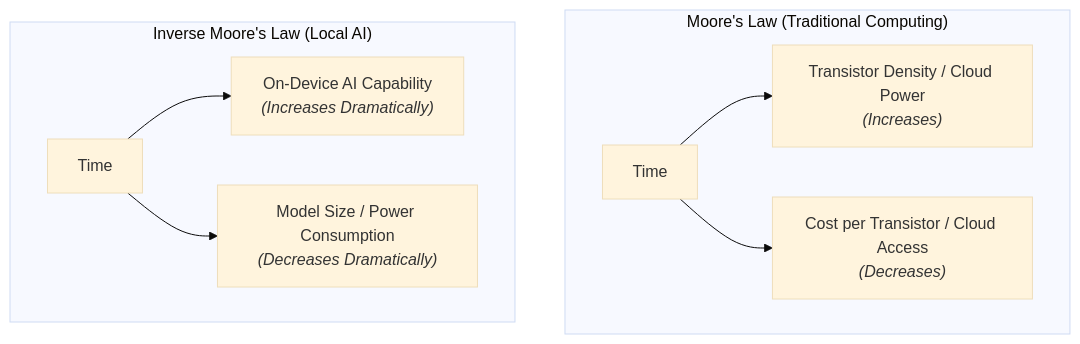
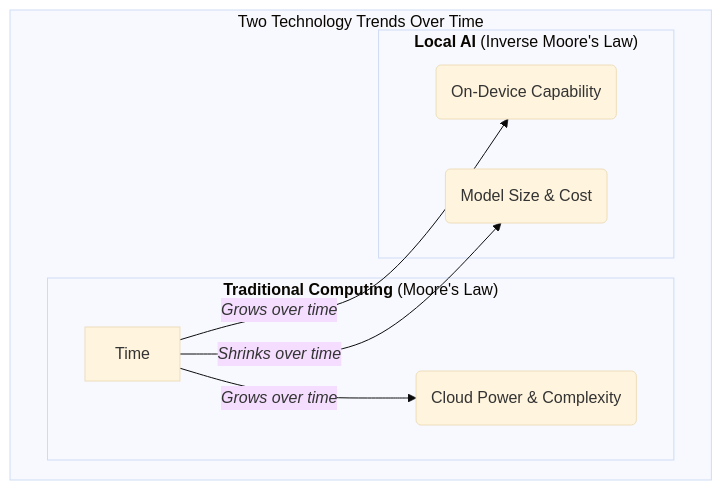
Before and after one commit to BastionAI/bastionai.github.io: the third of 3 diagrams in _posts/2025-06-18-inverse-moores-law-local-ai.md, drawn with Mermaid (base theme). The commit also changed other lines of this file, not shown here.

```diff
--- a/_posts/2025-06-18-inverse-moores-law-local-ai.md
+++ b/_posts/2025-06-18-inverse-moores-law-local-ai.md
@@ -92,11 +91,18 @@
 <div class="mermaid">
-graph TD;
-    subgraph "Moore's Law (Traditional Computing)"
-        A[Time] --> B["Transistor Density / Cloud Power<br><i>(Increases)</i>"];
-        A --> C["Cost per Transistor / Cloud Access<br><i>(Decreases)</i>"];
-    end
-    subgraph "Inverse Moore's Law (Local AI)"
-        X[Time] --> Y["On-Device AI Capability<br><i>(Increases Dramatically)</i>"];
-        X --> Z["Model Size / Power Consumption<br><i>(Decreases Dramatically)</i>"];
+graph TD
+    subgraph "Two Technology Trends Over Time"
+        A[Time]
+        
+        subgraph "<b>Traditional Computing</b> (Moore's Law)"
+            B("Cloud Power & Complexity")
+            A -- "<i>Grows over time</i>" --> B
+        end
+
+        subgraph "<b>Local AI</b> (Inverse Moore's Law)"
+            C("On-Device Capability")
+            D("Model Size & Cost")
+            A -- "<i>Grows over time</i>" --> C
+            A -- "<i>Shrinks over time</i>" --> D
+        end
     end
 </div>
```
